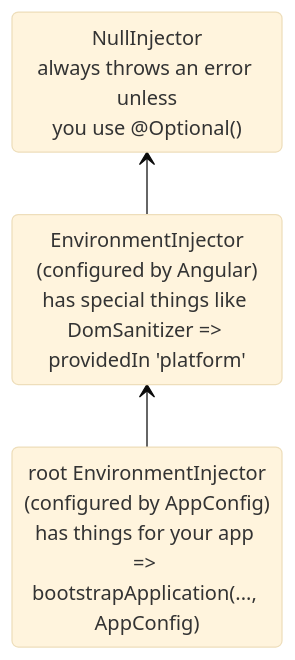
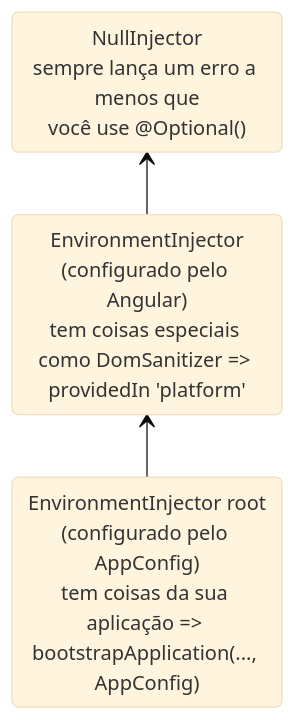
One commit to ulisseshen/angularbrasil changed the first of 3 diagrams in adev/src/content/guide/di/hierarchical-dependency-injection.md. Above: the diagram before and after it, drawn with Mermaid (base theme). The commit also changed other lines of this file and 8 other files, not shown here.

````diff
--- a/adev/src/content/guide/di/hierarchical-dependency-injection.md
+++ b/adev/src/content/guide/di/hierarchical-dependency-injection.md
@@ -86,10 +87,10 @@
 ```mermaid
 stateDiagram-v2
-    elementInjector: EnvironmentInjector<br>(configured by Angular)<br>has special things like DomSanitizer => providedIn 'platform'
-    rootInjector: root EnvironmentInjector<br>(configured by AppConfig)<br>has things for your app => bootstrapApplication(..., AppConfig)
-    nullInjector: NullInjector<br>always throws an error unless<br>you use @Optional()
+    elementInjector: EnvironmentInjector<br>(configurado pelo Angular)<br>tem coisas especiais como DomSanitizer => providedIn 'platform'
+    rootInjector: EnvironmentInjector root<br>(configurado pelo AppConfig)<br>tem coisas da sua aplicação => bootstrapApplication(..., AppConfig)
+    nullInjector: NullInjector<br>sempre lança um erro a menos que<br>você use @Optional()
 
     direction BT
     rootInjector --> elementInjector
     elementInjector --> nullInjector
 ```
````
